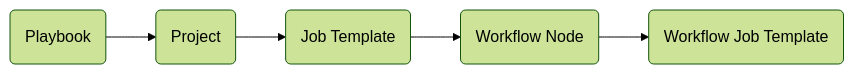
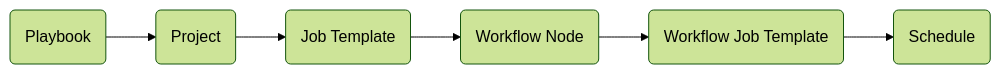
The third of 3 diagrams in knowledge base/awx.md (mcereda/oam), drawn with Mermaid (forest theme) before and after one commit. The commit also changed other lines of this file, not shown here.

Commit message:
chore(awx): revise content, improve precedences and workflow sections

````diff
--- a/knowledge base/awx.md
+++ b/knowledge base/awx.md
@@ -914,10 +1031,11 @@
 ```mermaid
 flowchart LR
   job_template("Job Template")
   playbook("Playbook")
   project("Project")
   workflow_job_template("Workflow Job Template")
   workflow_node("Workflow Node")
+  schedule("Schedule")
 
-  playbook --> project --> job_template --> workflow_node --> workflow_job_template
+  playbook --> project --> job_template --> workflow_node --> workflow_job_template --> schedule
 ```
````
